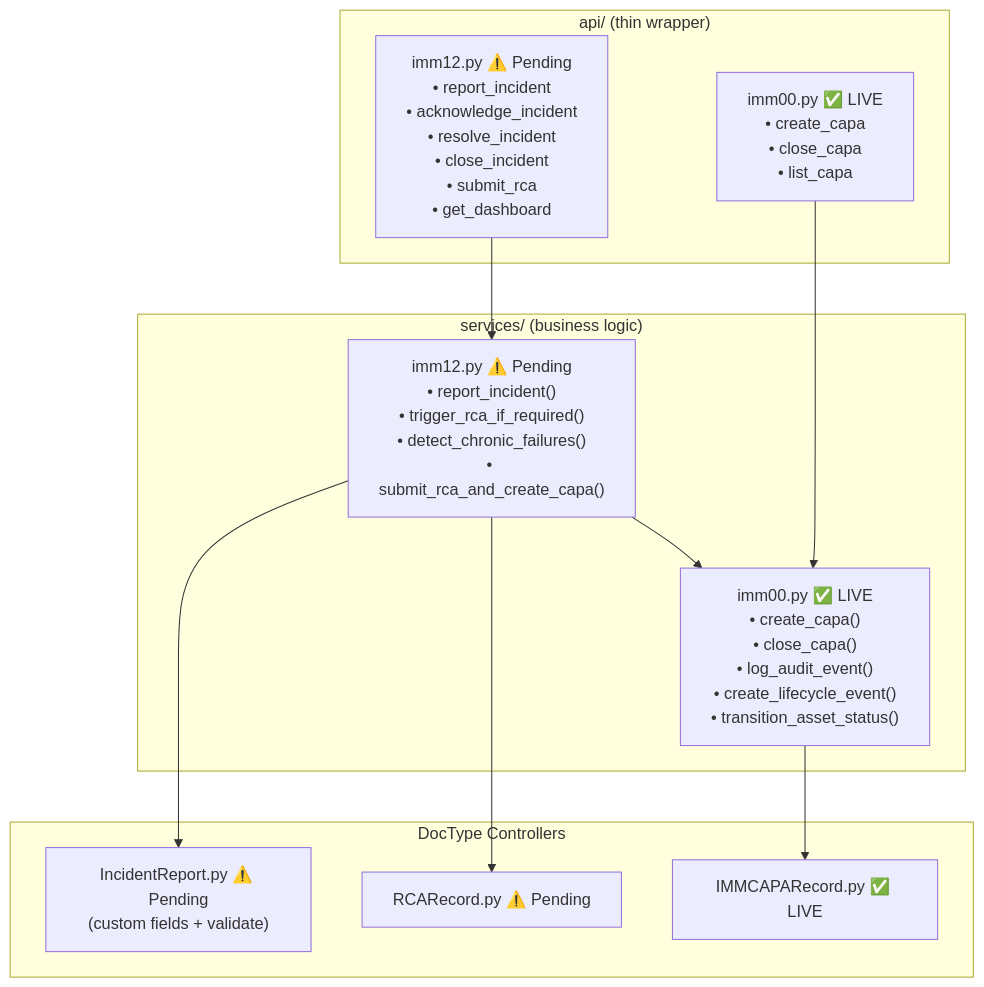
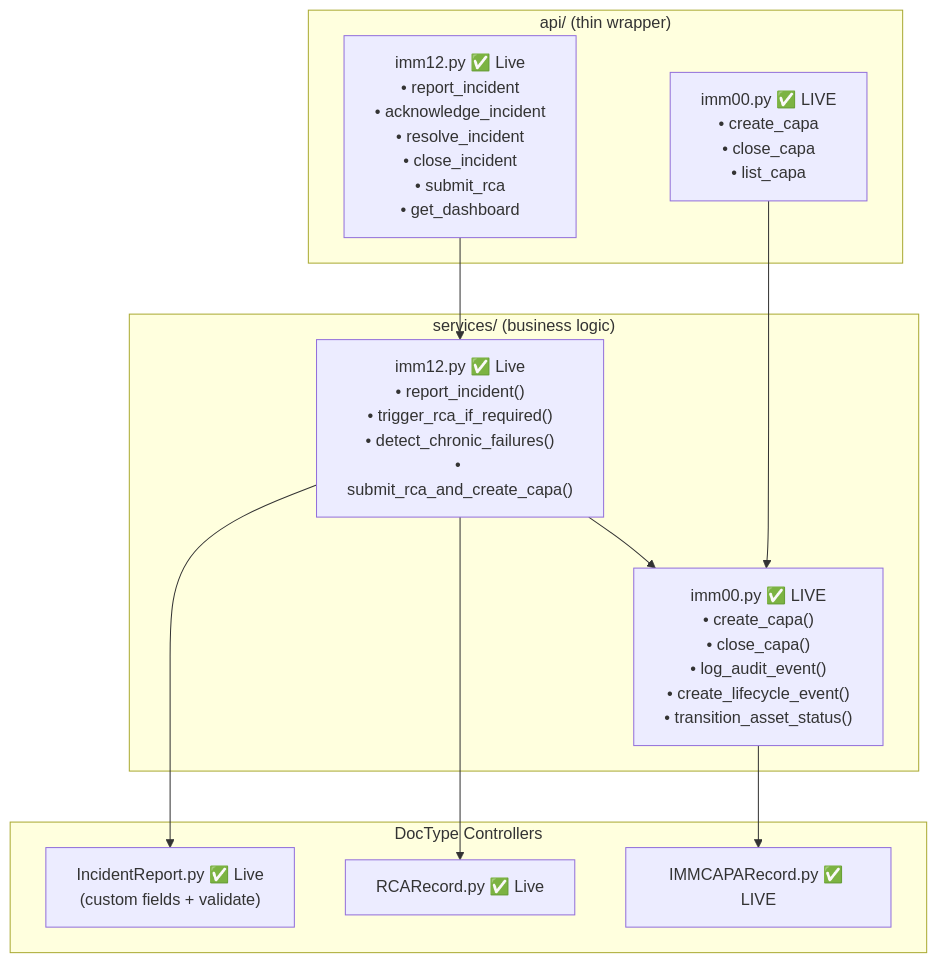
The sixth of 7 diagrams in docs/imm-12/03_Diagrams.md (mvl26/Assetcore), drawn with Mermaid before and after one commit. The commit also changed other lines of this file and 180 other files, not shown here.

````diff
--- a/docs/imm-12/03_Diagrams.md
+++ b/docs/imm-12/03_Diagrams.md
@@ -331,25 +332,25 @@
 ```mermaid
 flowchart TD
     subgraph api ["api/ (thin wrapper)"]
-        A1["imm12.py ⚠️ Pending\n• report_incident\n• acknowledge_incident\n• resolve_incident\n• close_incident\n• submit_rca\n• get_dashboard"]
+        A1["imm12.py ✅ Live\n• report_incident\n• acknowledge_incident\n• resolve_incident\n• close_incident\n• submit_rca\n• get_dashboard"]
         A0["imm00.py ✅ LIVE\n• create_capa\n• close_capa\n• list_capa"]
     end
 
     subgraph svc ["services/ (business logic)"]
-        S12["imm12.py ⚠️ Pending\n• report_incident()\n• trigger_rca_if_required()\n• detect_chronic_failures()\n• submit_rca_and_create_capa()"]
+        S12["imm12.py ✅ Live\n• report_incident()\n• trigger_rca_if_required()\n• detect_chronic_failures()\n• submit_rca_and_create_capa()"]
         S00["imm00.py ✅ LIVE\n• create_capa()\n• close_capa()\n• log_audit_event()\n• create_lifecycle_event()\n• transition_asset_status()"]
     end
 
     subgraph doctype ["DocType Controllers"]
-        D12["IncidentReport.py ⚠️ Pending\n(custom fields + validate)"]
-        DRCA["RCARecord.py ⚠️ Pending"]
+        D12["IncidentReport.py ✅ Live\n(custom fields + validate)"]
+        DRCA["RCARecord.py ✅ Live"]
         D00["IMMCAPARecord.py ✅ LIVE"]
     end
 
     A1 --> S12
     A0 --> S00
     S12 --> S00
     S12 --> D12
     S12 --> DRCA
     S00 --> D00
 ```
````
